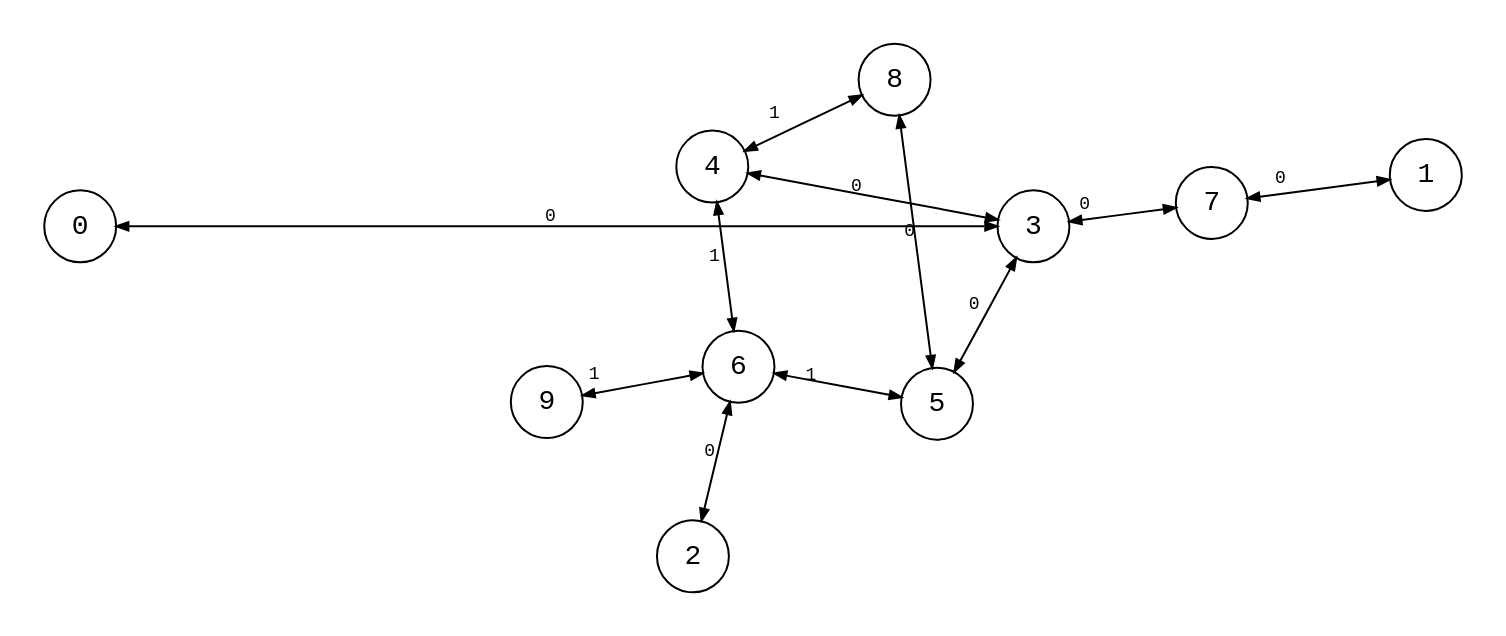
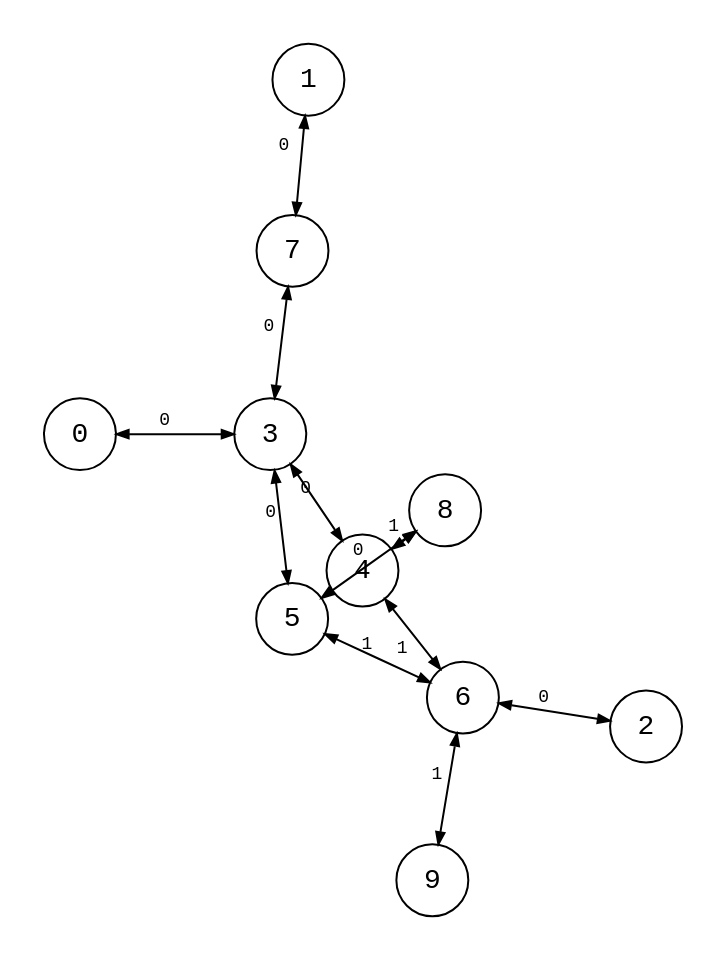
The diagram in src/kattis_bryr_3.dot (bsdrks/graaf-images), drawn with Graphviz before and after one commit. The commit also changed 50 other files, not shown here.

```diff
--- a/src/kattis_bryr_3.dot
+++ b/src/kattis_bryr_3.dot
@@ -1,19 +1,124 @@
 digraph {
     node [shape=circle, fontname="monospace"];
     edge [arrowsize=0.6, fontname="monospace", fontsize=9];
-    layout=circo;
+    layout=neato;
+    mode="sgd";
+    start=0;
     normalize=true;
+    maxiter=10000;
+    scale=1.15;
     pad=0.2;
 
-    0 -> {3} [dir=both, label="0", color="#bbb"];
-    1 -> {7} [dir=both, label="0   ", color="#bbb"];
-    2 -> {6} [dir=both, label="0", color="#bbb"];
-    3 -> {5} [dir=both, label=" 0", color="#bbb"];
-    3 -> {4} [dir=both, label="  0 ", color="#bbb"];
-    3 -> {7} [dir=both, label="0   ", color="#bbb"];
-    4 -> {6} [dir=both, label="1 "];
-    4 -> {8} [dir=both, label="                       1  "];
-    5 -> {6} [dir=both, label="1  "];
-    5 -> {8} [dir=both, label="0", color="#bbb"];
-    6 -> {9} [dir=both, label="1    "];
+    0 -> 3 [dir=both, label=<
+            <table border="0" cellborder="0" cellspacing="0">
+                <tr>
+                    <td>0</td>
+                </tr>
+            </table>
+        >;
+        color="#bbb";
+    ];
+
+    1 -> 7 [dir=both, label=<
+            <table border="0" cellborder="0" cellspacing="3">
+                <tr>
+                    <td>0</td>
+                </tr>
+            </table>
+        >;
+        color="#bbb";
+    ];
+
+    2 -> 6 [dir=both, label=<
+            <table border="0" cellborder="0" cellspacing="0">
+                <tr>
+                    <td>0</td>
+                </tr>
+            </table>
+        >;
+        color="#bbb";
+    ];
+
+    3 -> 4 [dir=both, label=<
+            <table border="0" cellborder="0" cellspacing="0">
+                <tr>
+                    <td>0</td>
+                </tr>
+            </table>
+        >;
+        color="#bbb";
+    ];
+
+    3 -> 5 [dir=both, label=<
+            <table border="0" cellborder="0" cellspacing="0">
+                <tr>
+                    <td>0</td>
+                </tr>
+            </table>
+        >;
+        color="#bbb";
+    ];
+
+    5 -> 8 [dir=both, label=<
+            <table border="0" cellborder="0" cellspacing="0">
+                <tr>
+                    <td>0</td>
+                </tr>
+            </table>
+        >;
+        color="#bbb";
+    ];
+
+    3 -> 7 [dir=both, label=<
+            <table border="0" cellborder="0" cellspacing="1">
+                <tr>
+                    <td>0</td>
+                </tr>
+            </table>
+        >;
+        color="#bbb";
+    ];
+
+    4 -> 6 [dir=both, label=<
+            <table border="0" cellborder="0" cellspacing="0">
+                <tr>
+                    <td>1</td>
+                </tr>
+            </table>
+        >;
+        dir=both;
+    ];
+
+    4 -> 8 [dir=both, label=<
+            <table border="0" cellborder="0" cellspacing="0">
+                <tr>
+                    <td>1</td>
+                </tr>
+            </table>
+        >;
+        dir=both;
+    ];
+
+    5 -> 6 [dir=both, label=<
+            <table border="0" cellborder="0" cellspacing="0">
+                <tr>
+                    <td>1</td>
+                </tr>
+            </table>
+        >;
+        dir=both;
+    ];
+
+    6 -> 9 [dir=both, label=<
+            <table border="0" cellborder="0" cellspacing="0">
+                <tr>
+                    <td>1</td>
+                </tr>
+            </table>
+        >;
+        dir=both;
+    ];
+
+    8 -> 6 [style=invis; dir=both];
+    8 -> 3 [style=invis; dir=both];
 }
```
